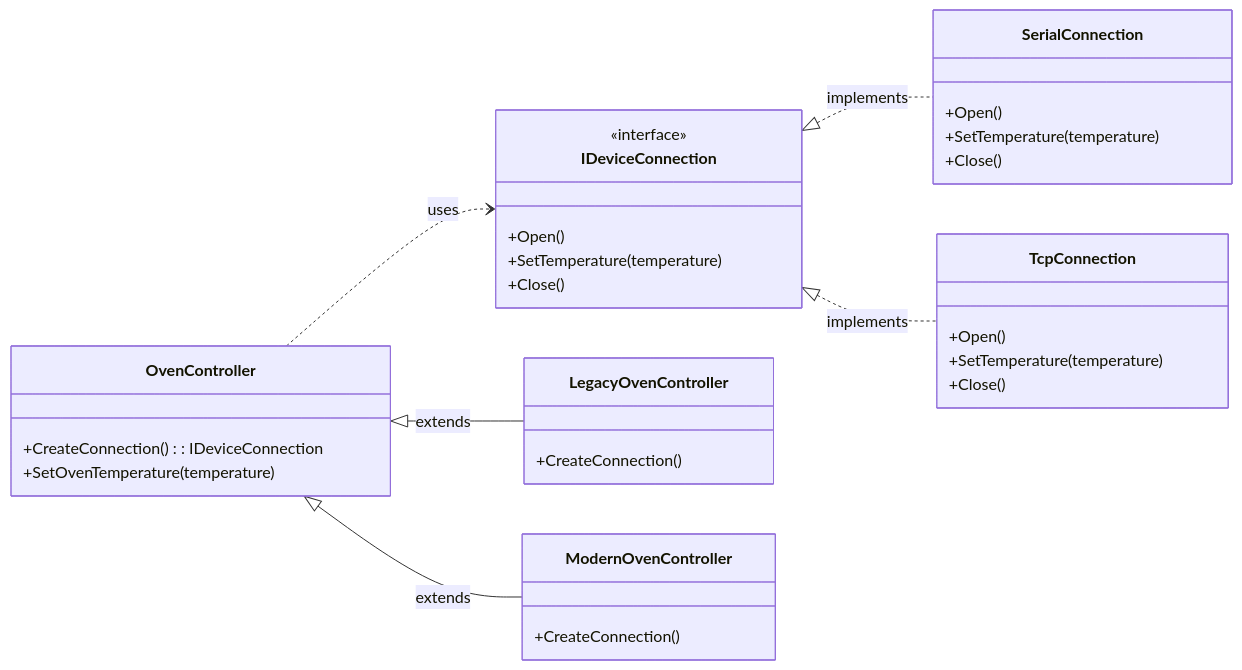
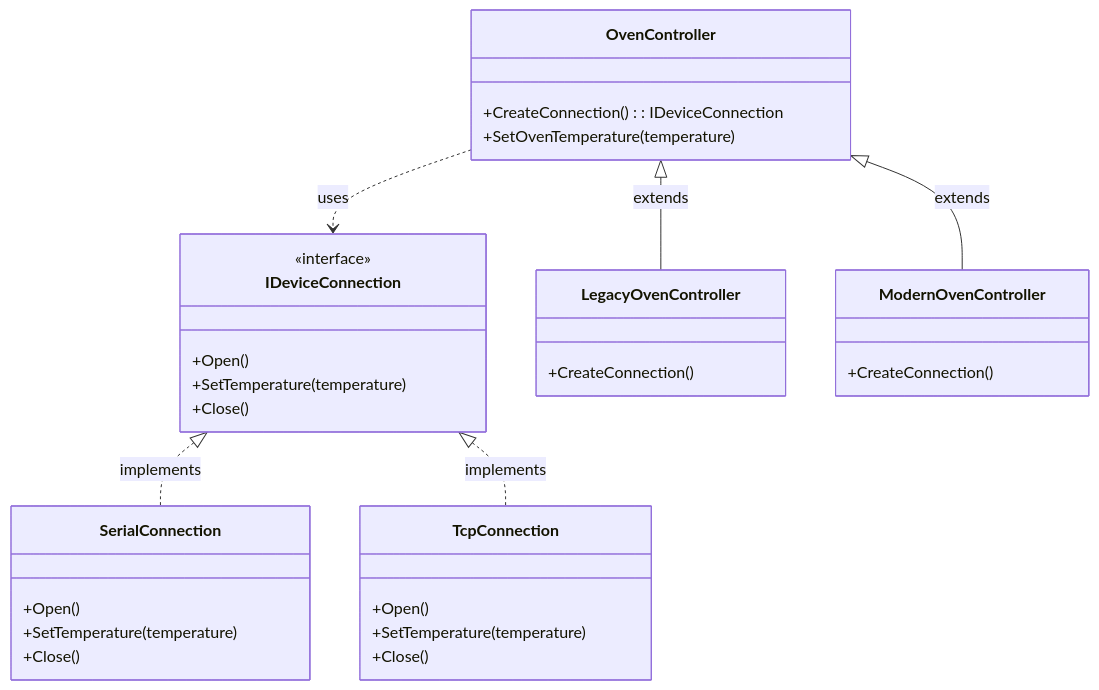
The diagram in README.md (andcadev/DesignPatterns_LabVIEW), drawn with Mermaid before and after one commit.

````diff
--- a/README.md
+++ b/README.md
@@ -5,49 +5,49 @@
 ```mermaid
 classDiagram
-    direction LR
+    direction TB
 
     class IDeviceConnection {
     <<interface>>
         +Open()
         +SetTemperature(temperature)
         +Close()
     }
 
     class SerialConnection {
         +Open()
         +SetTemperature(temperature)
         +Close()
     }
 
     class TcpConnection {
         +Open()
         +SetTemperature(temperature)
         +Close()
     }
 
     class OvenController {
         +CreateConnection() : IDeviceConnection
         +SetOvenTemperature(temperature)
     }
 
 
     
     class LegacyOvenController {
         +CreateConnection()
     }
 
     class ModernOvenController {
         +CreateConnection()
     }
 
     IDeviceConnection <|.. SerialConnection : implements
     IDeviceConnection <|.. TcpConnection : implements
 
     OvenController <|-- LegacyOvenController : extends
     OvenController <|-- ModernOvenController : extends
 
     OvenController ..> IDeviceConnection : uses
 
 
 
 ```
````
